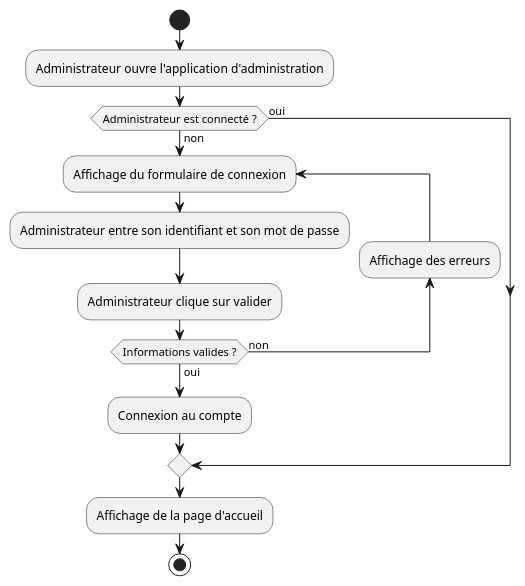
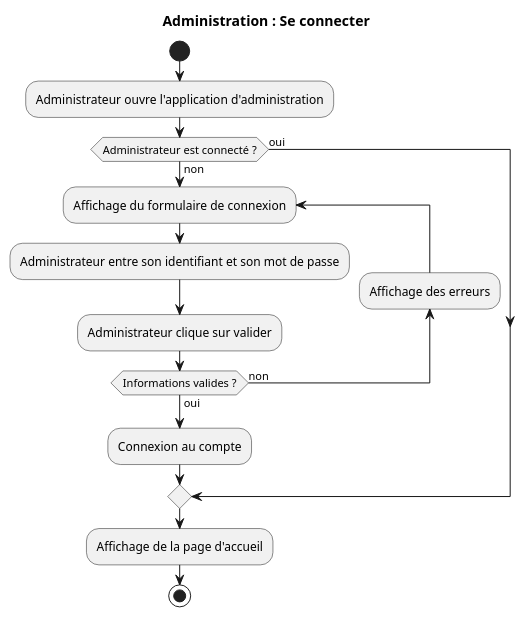
The diagram in diagrams/admin_sign_in.puml (Gumpah/project_6), drawn with PlantUML before and after one commit. The commit also changed 25 other files, not shown here.

Commit message:
Adding title to diagrams

```diff
--- a/diagrams/admin_sign_in.puml
+++ b/diagrams/admin_sign_in.puml
@@ -1,24 +1,26 @@
 @startuml
 'https://plantuml.com/activity-diagram-beta
+
+title Administration : Se connecter
 
 start
 
 :Administrateur ouvre l'application d'administration;
 
 if (Administrateur est connecté ?) then (oui)
 else (non)
 
     repeat :Affichage du formulaire de connexion;
         :Administrateur entre son identifiant et son mot de passe;
         :Administrateur clique sur valider;
         backward:Affichage des erreurs;
     repeat while (Informations valides ?) is (non) not (oui)
 
     :Connexion au compte;
 endif
 
 :Affichage de la page d'accueil;
 
 stop
 
 @enduml
```
